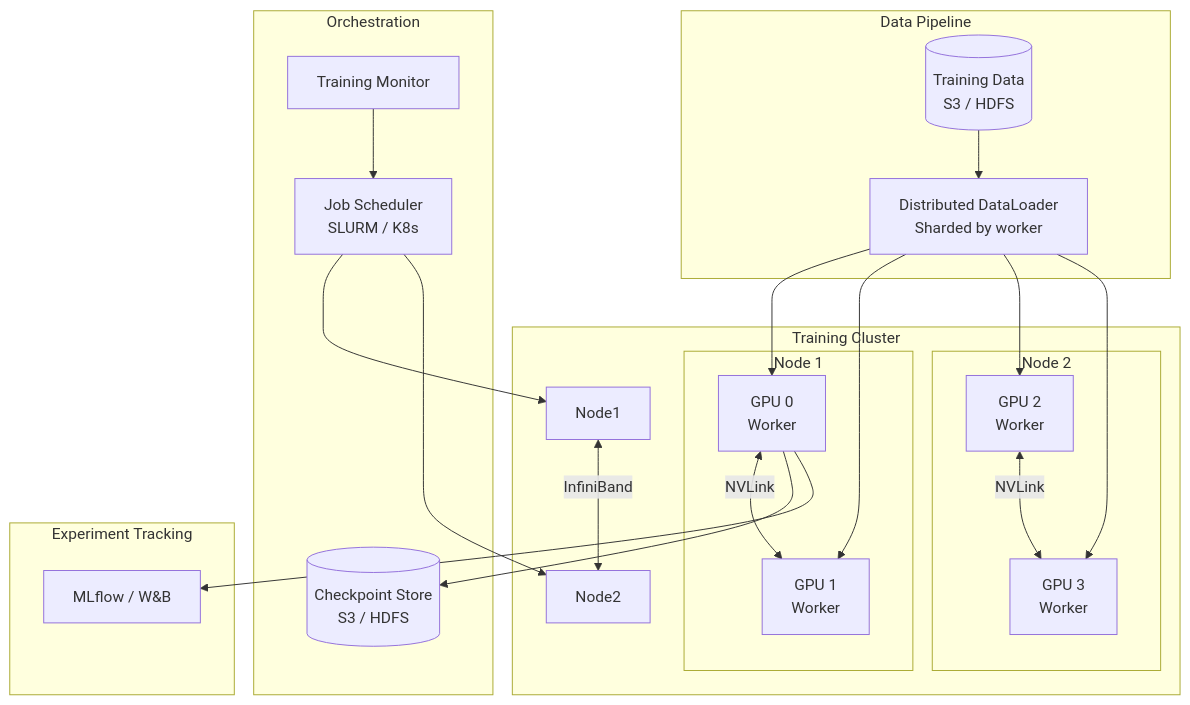
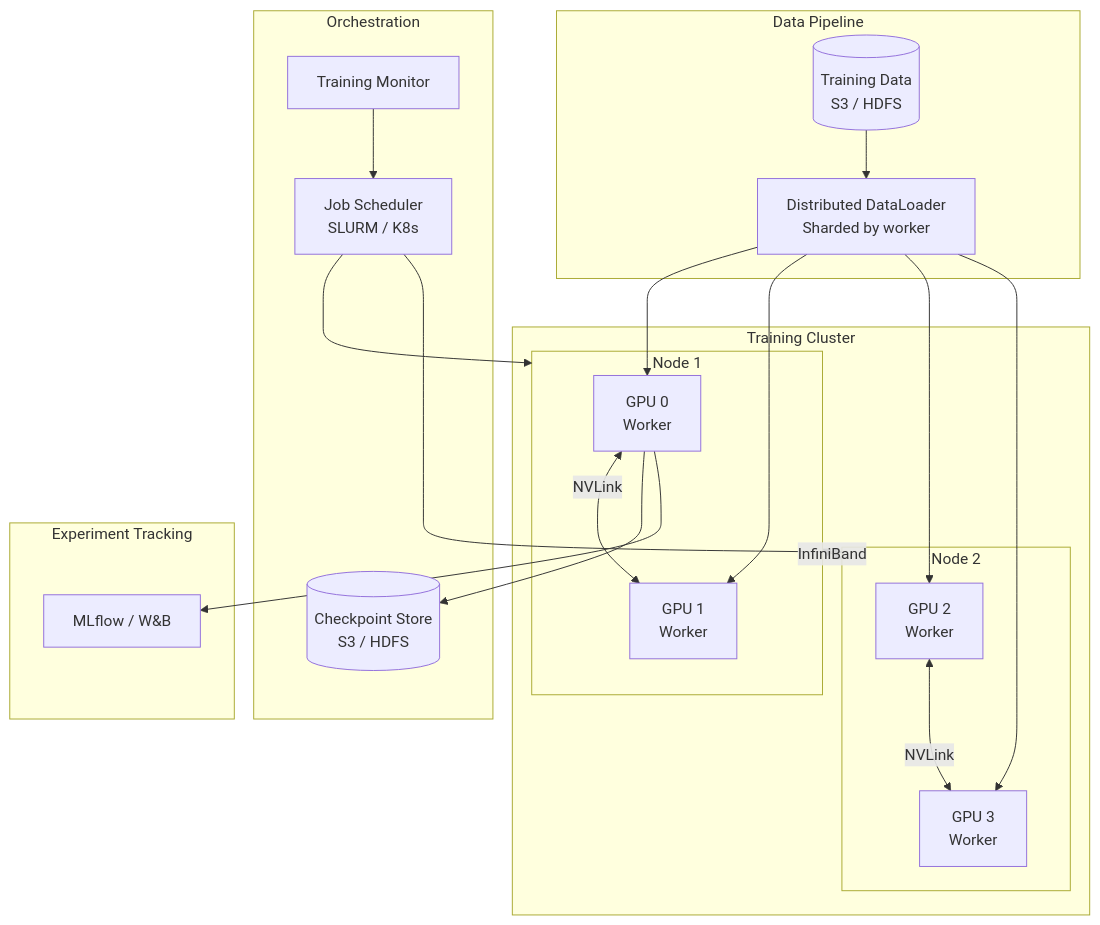
One commit to spawn08/system-design-interview changed the first of 5 diagrams in docs/genai_ml_basics/distributed_training.md. Above: the diagram before and after it, drawn with Mermaid. The commit also changed other lines of this file and 1740 other files, not shown here.

First line of the commit message:
Add new Mermaid diagrams for consensus algorithms and data consistency models

````diff
--- a/docs/genai_ml_basics/distributed_training.md
+++ b/docs/genai_ml_basics/distributed_training.md
@@ -99,44 +99,44 @@
 ```mermaid
 graph TB
-    subgraph Training Cluster
-        subgraph Node 1
+    subgraph tc["Training Cluster"]
+        subgraph n1["Node 1"]
             GPU0[GPU 0<br/>Worker]
             GPU1[GPU 1<br/>Worker]
             GPU0 <-->|NVLink| GPU1
         end
 
-        subgraph Node 2
+        subgraph n2["Node 2"]
             GPU2[GPU 2<br/>Worker]
             GPU3[GPU 3<br/>Worker]
             GPU2 <-->|NVLink| GPU3
         end
 
-        Node1 <-->|InfiniBand| Node2
+        n1 <-->|InfiniBand| n2
     end
 
     subgraph Orchestration
         SCHED[Job Scheduler<br/>SLURM / K8s]
         MONITOR[Training Monitor]
         CKPT[(Checkpoint Store<br/>S3 / HDFS)]
     end
 
-    subgraph Data Pipeline
+    subgraph dp["Data Pipeline"]
         DATA[(Training Data<br/>S3 / HDFS)]
         LOADER[Distributed DataLoader<br/>Sharded by worker]
     end
 
-    subgraph Experiment Tracking
+    subgraph et["Experiment Tracking"]
         TRACK[MLflow / W&B]
     end
 
-    SCHED --> Node1
-    SCHED --> Node2
+    SCHED --> n1
+    SCHED --> n2
     DATA --> LOADER
     LOADER --> GPU0
     LOADER --> GPU1
     LOADER --> GPU2
     LOADER --> GPU3
     GPU0 --> CKPT
     GPU0 --> TRACK
     MONITOR --> SCHED
 ```
````
